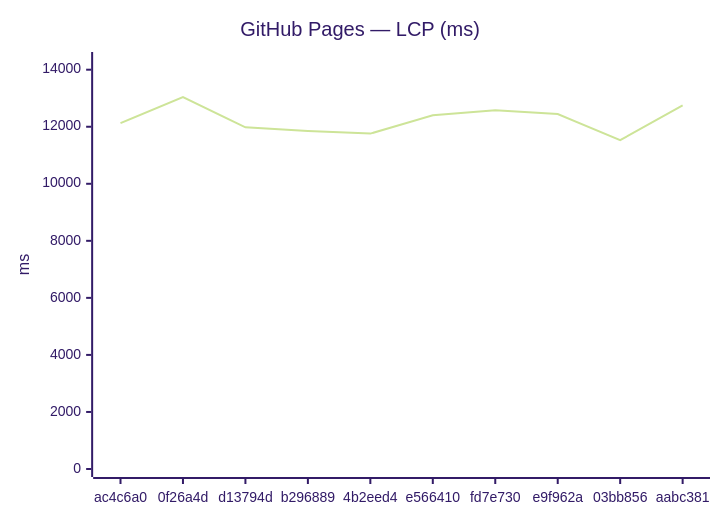
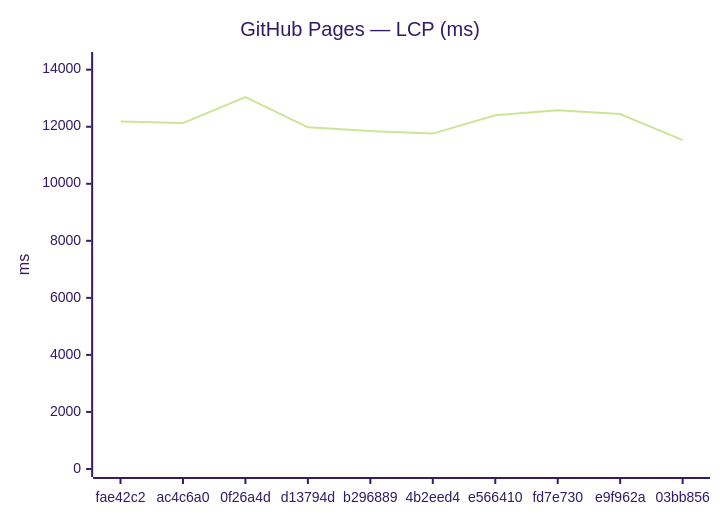
One commit to Metaheurist/Rianell changed the third of 18 diagrams in benchmarks/compare.md. Above: the diagram before and after it, drawn with Mermaid (forest theme). The commit also changed other lines of this file and 11 other files, not shown here.

````diff
--- a/benchmarks/compare.md
+++ b/benchmarks/compare.md
@@ -54,7 +54,7 @@
 ```mermaid
 xychart-beta
     title "GitHub Pages — LCP (ms)"
-    x-axis ["ac4c6a0", "0f26a4d", "d13794d", "b296889", "4b2eed4", "e566410", "fd7e730", "e9f962a", "03bb856", "aabc381"]
+    x-axis ["fae42c2", "ac4c6a0", "0f26a4d", "d13794d", "b296889", "4b2eed4", "e566410", "fd7e730", "e9f962a", "03bb856"]
     y-axis "ms" 0 --> 14340
-    line [12127, 13036, 11979, 11847, 11759, 12402, 12580, 12444, 11529, 12751]
+    line [12180, 12127, 13036, 11979, 11847, 11759, 12402, 12580, 12444, 11529]
 ```
````
